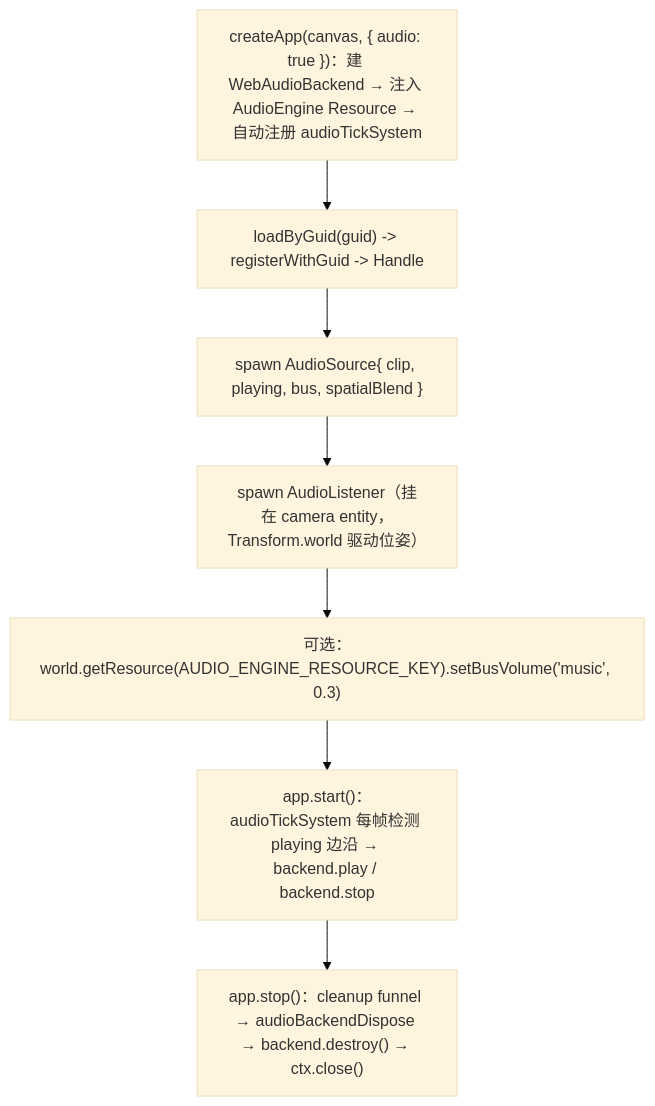
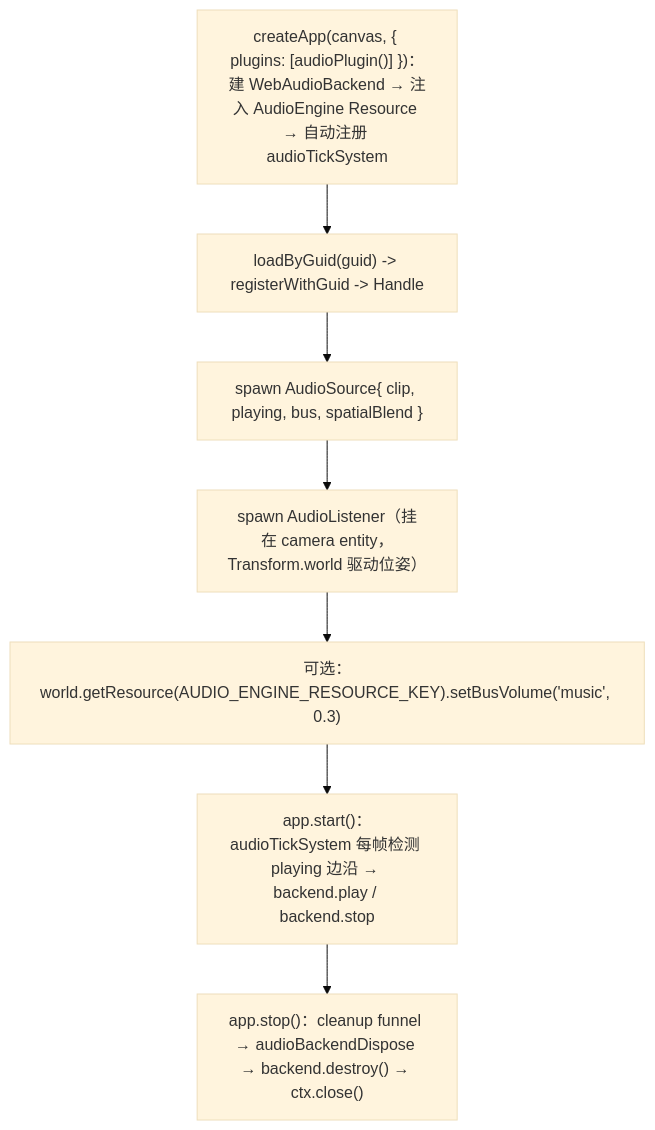
One commit to ForgeaX-Games/forgeax-editor changed the diagram in packages/engine/skills/forgeax-engine-audio/SKILL.md. Above: the diagram before and after it, drawn with Mermaid (base theme). The commit also changed other lines of this file and 173 other files, not shown here.

````diff
--- a/packages/engine/skills/forgeax-engine-audio/SKILL.md
+++ b/packages/engine/skills/forgeax-engine-audio/SKILL.md
@@ -45,9 +45,9 @@
 ```mermaid
 flowchart TD
-  APP["createApp(canvas, { audio: true })：建 WebAudioBackend → 注入 AudioEngine Resource → 自动注册 audioTickSystem"] --> CLIP["loadByGuid<AudioClipAsset>(guid) -> registerWithGuid -> Handle"]
+  APP["createApp(canvas, { plugins: [audioPlugin()] })：建 WebAudioBackend → 注入 AudioEngine Resource → 自动注册 audioTickSystem"] --> CLIP["loadByGuid<AudioClipAsset>(guid) -> registerWithGuid -> Handle"]
   CLIP --> SRC["spawn AudioSource{ clip, playing, bus, spatialBlend }"]
   SRC --> LIS["spawn AudioListener（挂在 camera entity，Transform.world 驱动位姿）"]
   LIS --> BUS["可选：world.getResource(AUDIO_ENGINE_RESOURCE_KEY).setBusVolume('music', 0.3)"]
   BUS --> START["app.start()：audioTickSystem 每帧检测 playing 边沿 → backend.play / backend.stop"]
   START --> STOP["app.stop()：cleanup funnel → audioBackendDispose → backend.destroy() → ctx.close()"]
 ```
````
